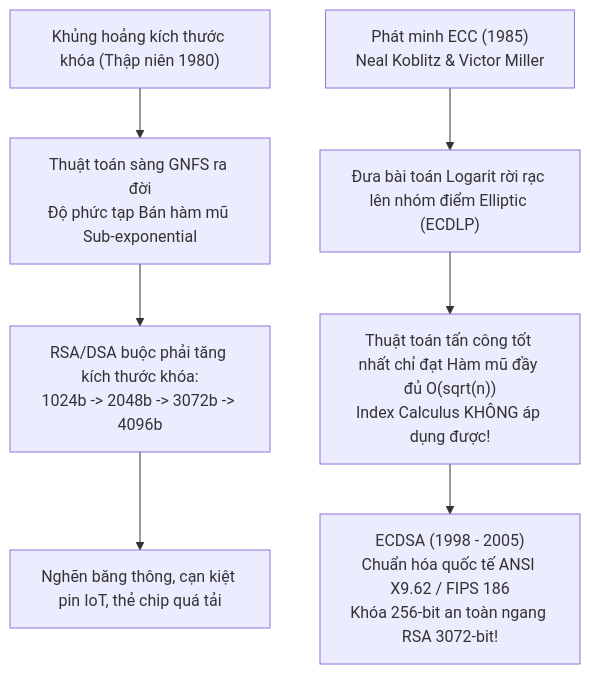
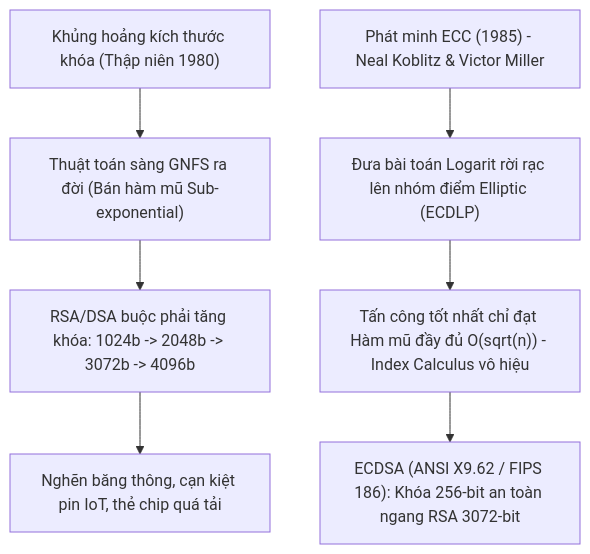
The first of 6 diagrams in bao_cao_ecdsa.md (thuann2212/IS-TEXT-), drawn with Mermaid before and after one commit. The commit also changed other lines of this file and 8 other files, not shown here.

````diff
--- a/bao_cao_ecdsa.md
+++ b/bao_cao_ecdsa.md
@@ -30,11 +31,9 @@
 ```mermaid
 flowchart TD
-    A["Khủng hoảng kích thước khóa (Thập niên 1980)"] --> B["Thuật toán sàng GNFS ra đời\nĐộ phức tạp Bán hàm mũ Sub-exponential"]
-    B --> C["RSA/DSA buộc phải tăng kích thước khóa:\n1024b -> 2048b -> 3072b -> 4096b"]
+    A["Khủng hoảng kích thước khóa (Thập niên 1980)"] --> B["Thuật toán sàng GNFS ra đời (Bán hàm mũ Sub-exponential)"]
+    B --> C["RSA/DSA buộc phải tăng khóa: 1024b -> 2048b -> 3072b -> 4096b"]
     C --> D["Nghẽn băng thông, cạn kiệt pin IoT, thẻ chip quá tải"]
-    
-    E["Phát minh ECC (1985)\nNeal Koblitz & Victor Miller"] --> F["Đưa bài toán Logarit rời rạc lên nhóm điểm Elliptic (ECDLP)"]
-    F --> G["Thuật toán tấn công tốt nhất chỉ đạt Hàm mũ đầy đủ O(sqrt(n))\nIndex Calculus KHÔNG áp dụng được!"]
-    
-    G --> H["ECDSA (1998 - 2005)\nChuẩn hóa quốc tế ANSI X9.62 / FIPS 186\nKhóa 256-bit an toàn ngang RSA 3072-bit!"]
+    E["Phát minh ECC (1985) - Neal Koblitz & Victor Miller"] --> F["Đưa bài toán Logarit rời rạc lên nhóm điểm Elliptic (ECDLP)"]
+    F --> G["Tấn công tốt nhất chỉ đạt Hàm mũ đầy đủ O(sqrt(n)) - Index Calculus vô hiệu"]
+    G --> H["ECDSA (ANSI X9.62 / FIPS 186): Khóa 256-bit an toàn ngang RSA 3072-bit"]
 ```
````
